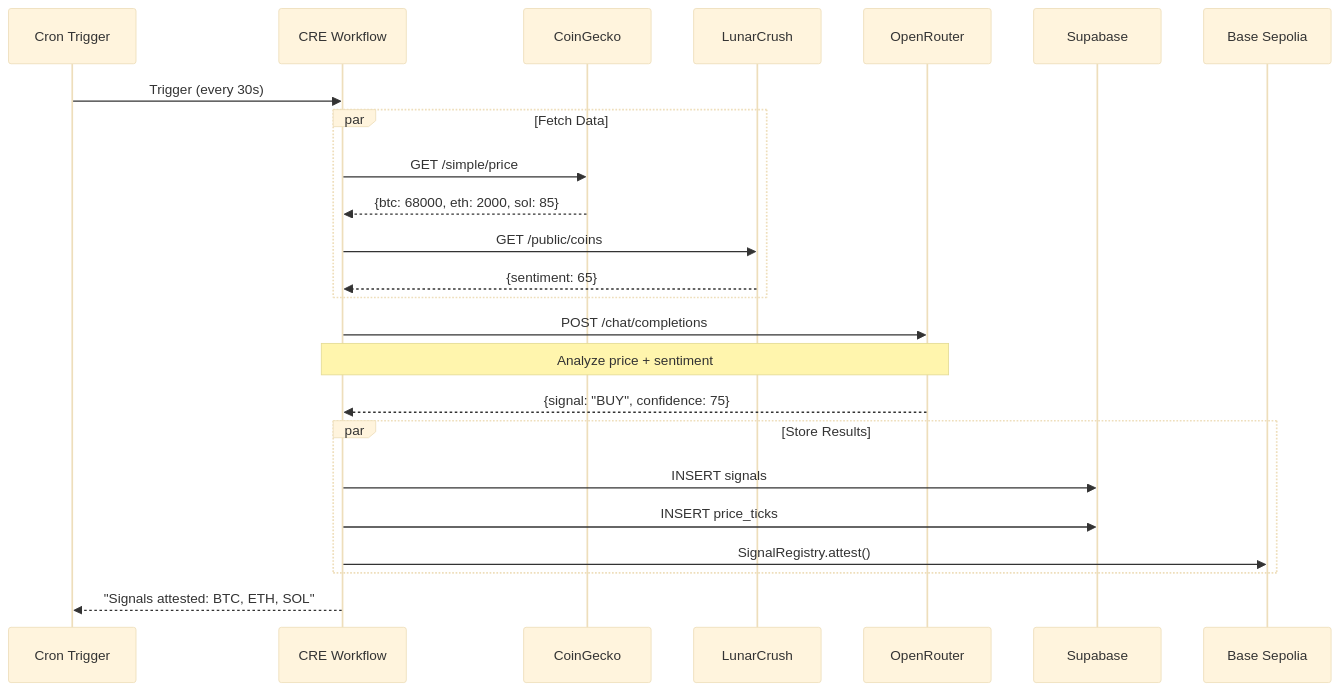
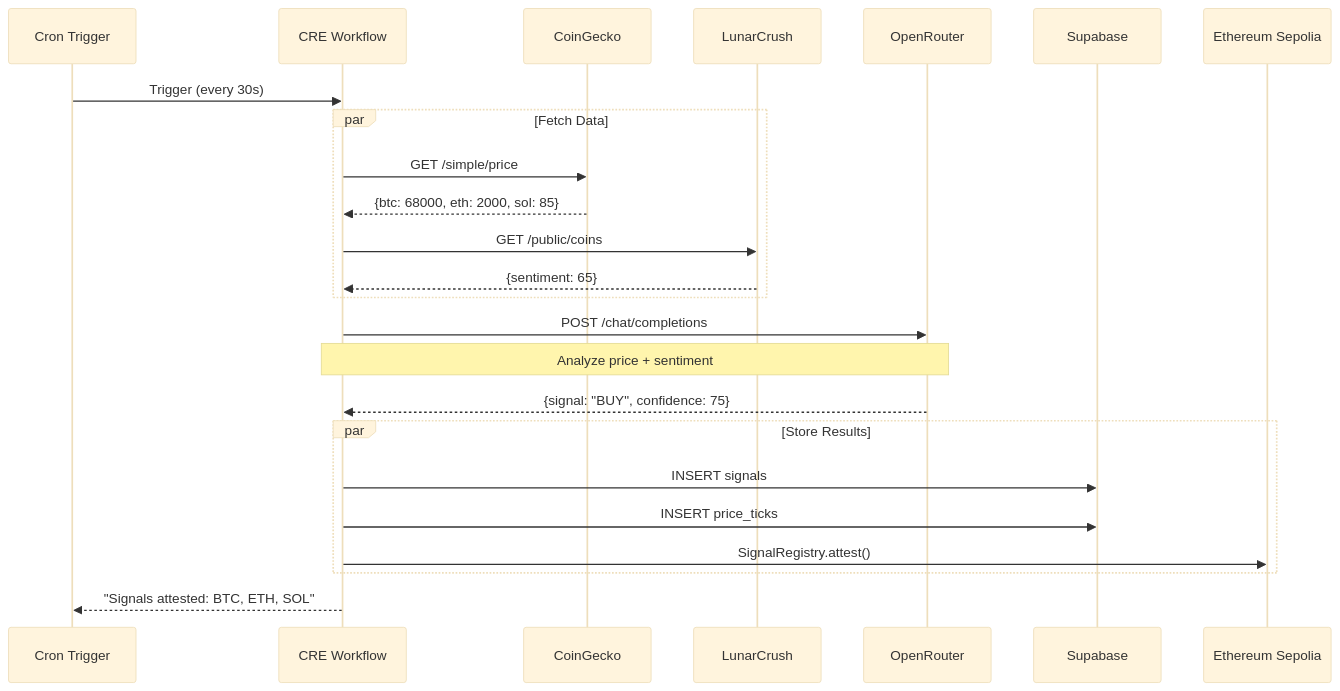
One commit to N-45div/Vincent changed the second of 10 diagrams in ARCHITECTURE.md. Above: the diagram before and after it, drawn with Mermaid (base theme). The commit also changed other lines of this file and 1 other file, not shown here.

Commit message:
fix: correct chain info - SignalRegistry on Eth Sepolia, x402 on Base Sepolia

````diff
--- a/ARCHITECTURE.md
+++ b/ARCHITECTURE.md
@@ -59,31 +59,31 @@
 ```mermaid
 sequenceDiagram
     participant Cron as Cron Trigger
     participant CRE as CRE Workflow
     participant CG as CoinGecko
     participant LC as LunarCrush
     participant OR as OpenRouter
     participant SB as Supabase
-    participant BC as Base Sepolia
+    participant ETH as Ethereum Sepolia
 
     Cron->>CRE: Trigger (every 30s)
     
     par Fetch Data
         CRE->>CG: GET /simple/price
         CG-->>CRE: {btc: 68000, eth: 2000, sol: 85}
         CRE->>LC: GET /public/coins
         LC-->>CRE: {sentiment: 65}
     end
 
     CRE->>OR: POST /chat/completions
     Note over CRE,OR: Analyze price + sentiment
     OR-->>CRE: {signal: "BUY", confidence: 75}
 
     par Store Results
         CRE->>SB: INSERT signals
         CRE->>SB: INSERT price_ticks
-        CRE->>BC: SignalRegistry.attest()
+        CRE->>ETH: SignalRegistry.attest()
     end
 
     CRE-->>Cron: "Signals attested: BTC, ETH, SOL"
 ```
````
